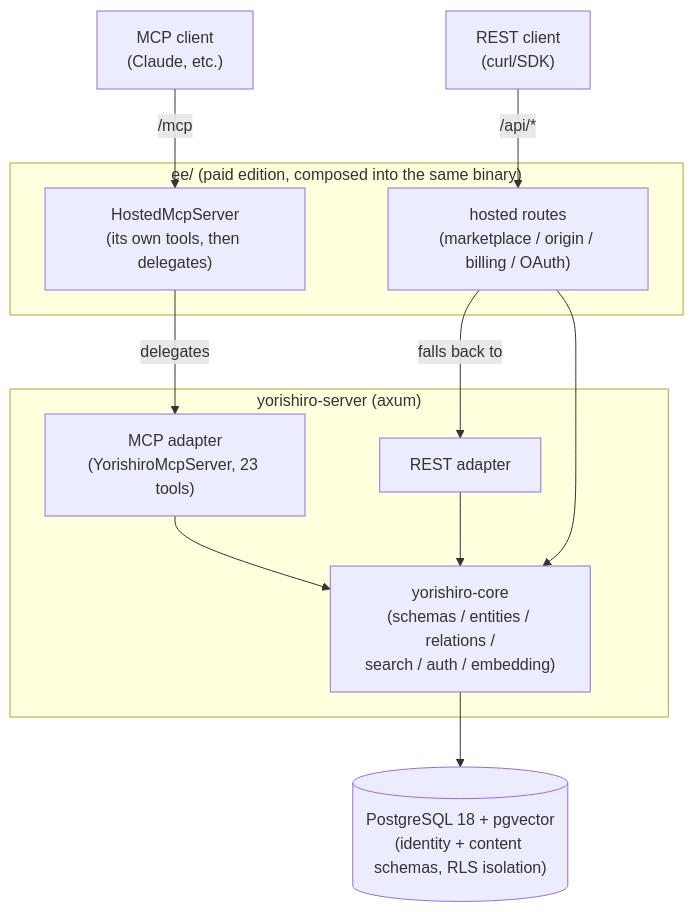
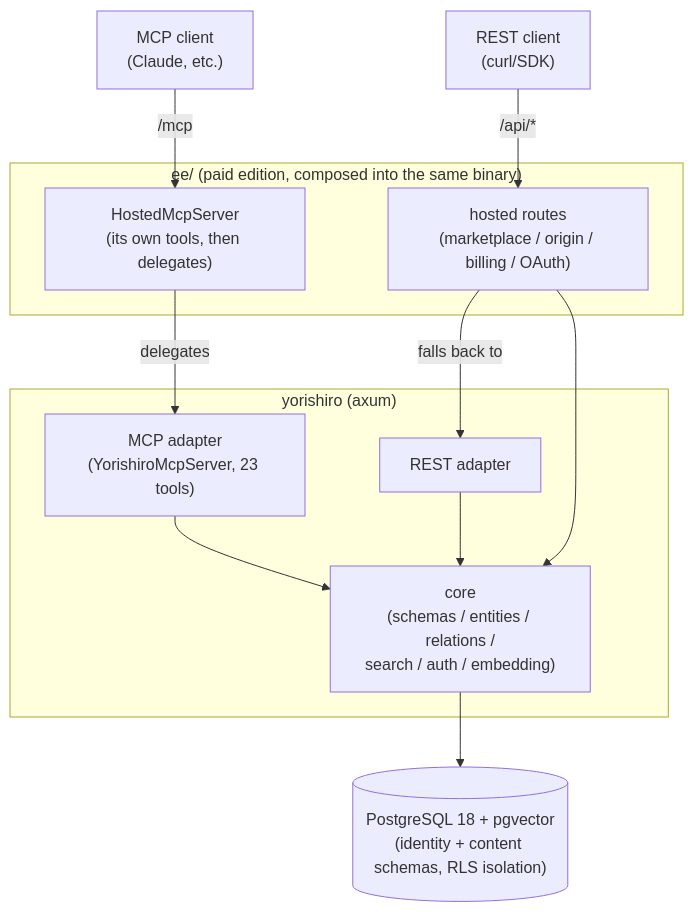
Before and after one commit to yorishiro-ai/yorishiro: the first of 3 diagrams in README.md, drawn with Mermaid. The commit also changed other lines of this file and 156 other files, not shown here.

````diff
--- a/README.md
+++ b/README.md
@@ -12,27 +12,27 @@
 ```mermaid
 flowchart TD
     MCPClient["MCP client<br/>(Claude, etc.)"]
     RESTClient["REST client<br/>(curl/SDK)"]
 
     subgraph Paid["ee/ (paid edition, composed into the same binary)"]
         HostedMCP["HostedMcpServer<br/>(its own tools, then delegates)"]
         HostedREST["hosted routes<br/>(marketplace / origin / billing / OAuth)"]
     end
 
-    subgraph Server["yorishiro-server (axum)"]
+    subgraph Server["yorishiro (axum)"]
         MCPAdapter["MCP adapter<br/>(YorishiroMcpServer, 23 tools)"]
         RESTAdapter["REST adapter"]
-        Core["yorishiro-core<br/>(schemas / entities / relations /<br/>search / auth / embedding)"]
+        Core["core<br/>(schemas / entities / relations /<br/>search / auth / embedding)"]
         MCPAdapter --> Core
         RESTAdapter --> Core
     end
 
     DB[("PostgreSQL 18 + pgvector<br/>(identity + content schemas, RLS isolation)")]
 
     MCPClient -->|"/mcp"| HostedMCP
     RESTClient -->|"/api/*"| HostedREST
     HostedMCP -->|"delegates"| MCPAdapter
     HostedREST -->|"falls back to"| RESTAdapter
     HostedREST --> Core
     Core --> DB
 ```
````
